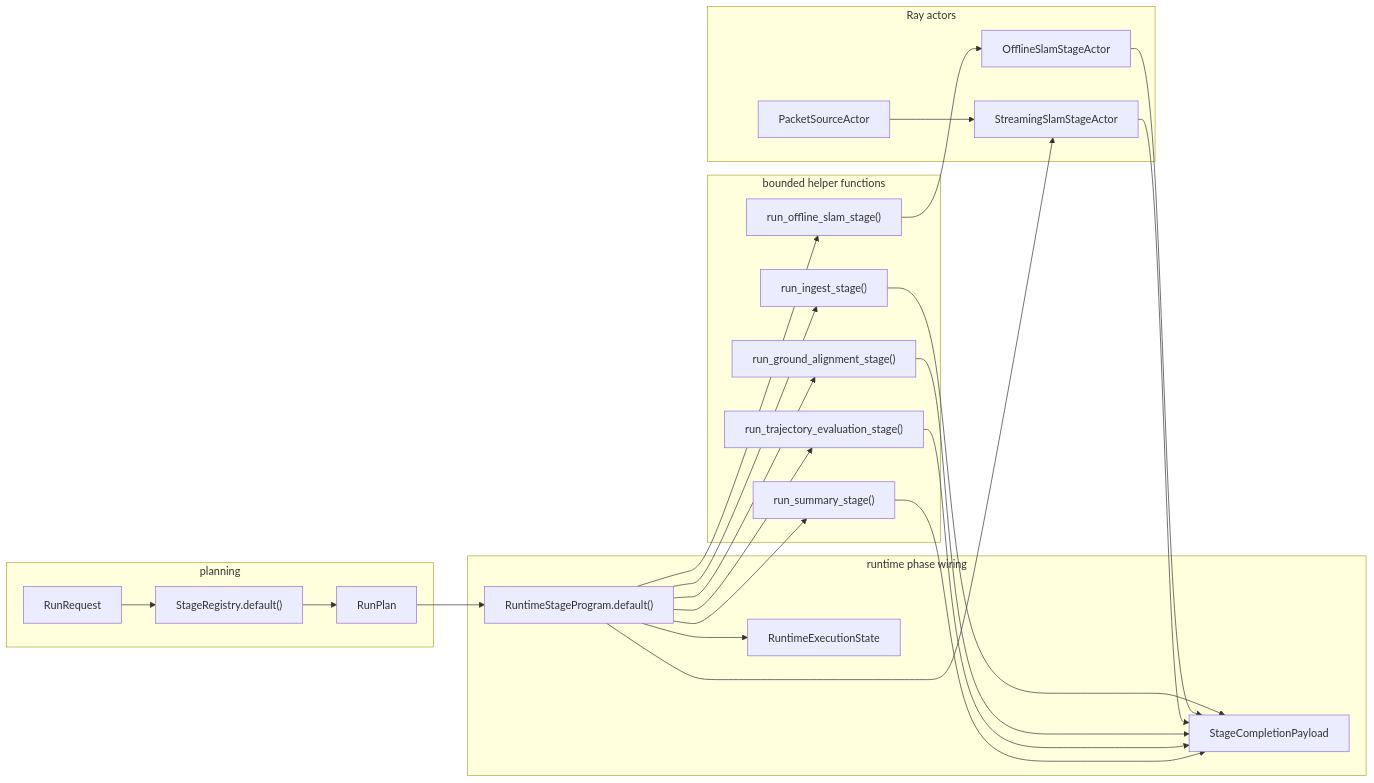
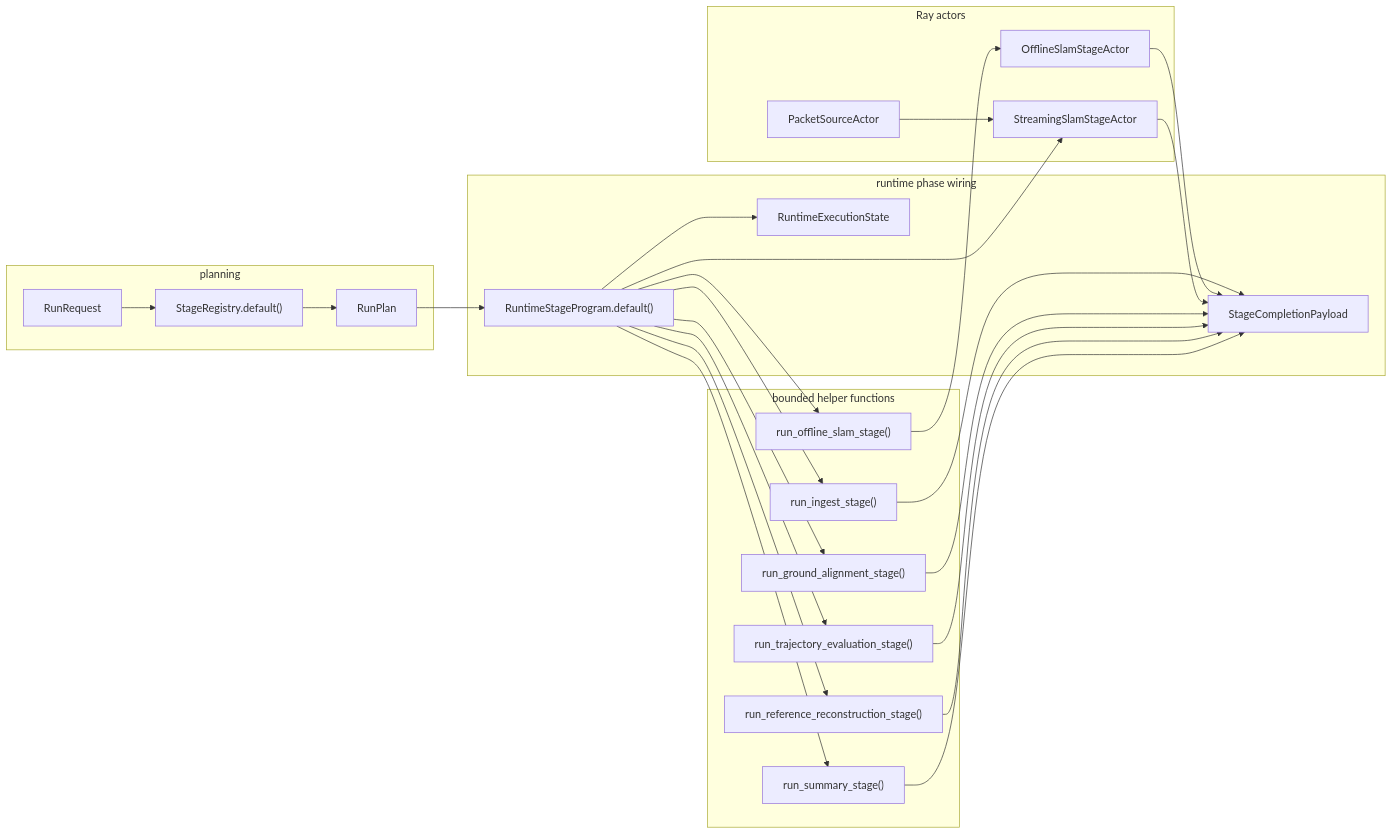
The second of 5 diagrams in docs/architecture/pipeline-stage-present-state-audit.md (JanDuchscherer104/prml-vslam), drawn with Mermaid before and after one commit. The commit also changed other lines of this file and 1 other file, not shown here.

````diff
--- a/docs/architecture/pipeline-stage-present-state-audit.md
+++ b/docs/architecture/pipeline-stage-present-state-audit.md
@@ -158,45 +158,48 @@
 ```mermaid
 flowchart LR
     subgraph Planning["planning"]
         Request["RunRequest"]
         Registry["StageRegistry.default()"]
         Plan["RunPlan"]
     end
 
     subgraph RuntimeProgram["runtime phase wiring"]
         RuntimeStageProgram["RuntimeStageProgram.default()"]
         RuntimeExecutionState["RuntimeExecutionState"]
         StageCompletionPayload["StageCompletionPayload"]
     end
 
     subgraph BoundedHelpers["bounded helper functions"]
         IngestFn["run_ingest_stage()"]
         SlamOfflineFn["run_offline_slam_stage()"]
         GroundFn["run_ground_alignment_stage()"]
         TrajFn["run_trajectory_evaluation_stage()"]
+        RefReconFn["run_reference_reconstruction_stage()"]
         SummaryFn["run_summary_stage()"]
     end
 
     subgraph Actors["Ray actors"]
         OfflineSlam["OfflineSlamStageActor"]
         StreamingSlam["StreamingSlamStageActor"]
         PacketSource["PacketSourceActor"]
     end
 
     Request --> Registry --> Plan --> RuntimeStageProgram
     RuntimeStageProgram --> RuntimeExecutionState
     RuntimeStageProgram --> IngestFn
     RuntimeStageProgram --> SlamOfflineFn
     RuntimeStageProgram --> GroundFn
     RuntimeStageProgram --> TrajFn
+    RuntimeStageProgram --> RefReconFn
     RuntimeStageProgram --> SummaryFn
     SlamOfflineFn --> OfflineSlam
     RuntimeStageProgram --> StreamingSlam
     PacketSource --> StreamingSlam
     IngestFn --> StageCompletionPayload
     OfflineSlam --> StageCompletionPayload
     StreamingSlam --> StageCompletionPayload
     GroundFn --> StageCompletionPayload
     TrajFn --> StageCompletionPayload
+    RefReconFn --> StageCompletionPayload
     SummaryFn --> StageCompletionPayload
 ```
````
